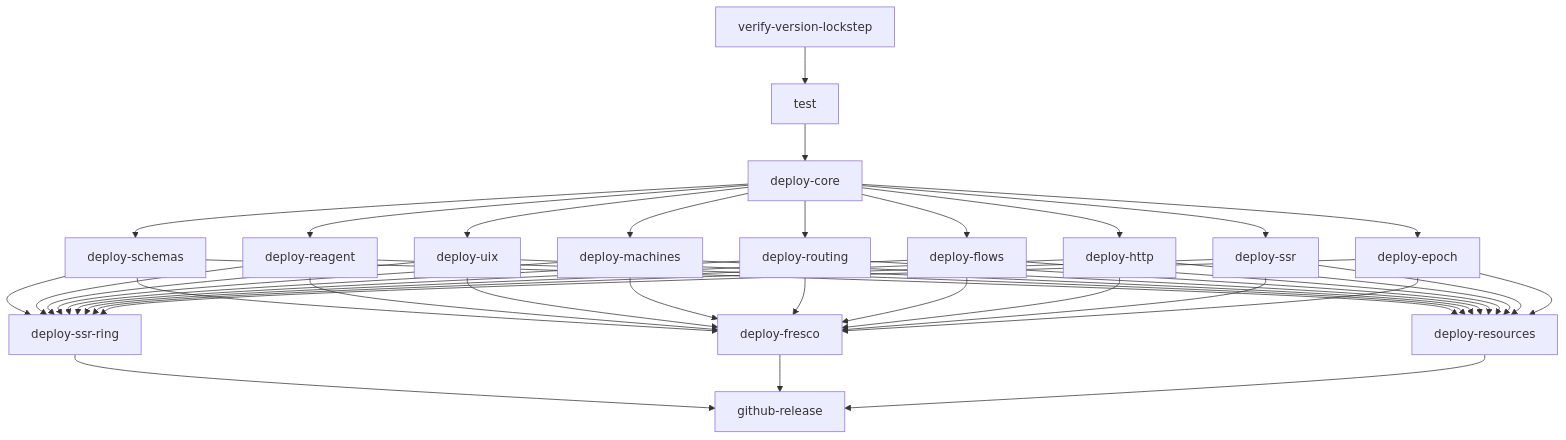
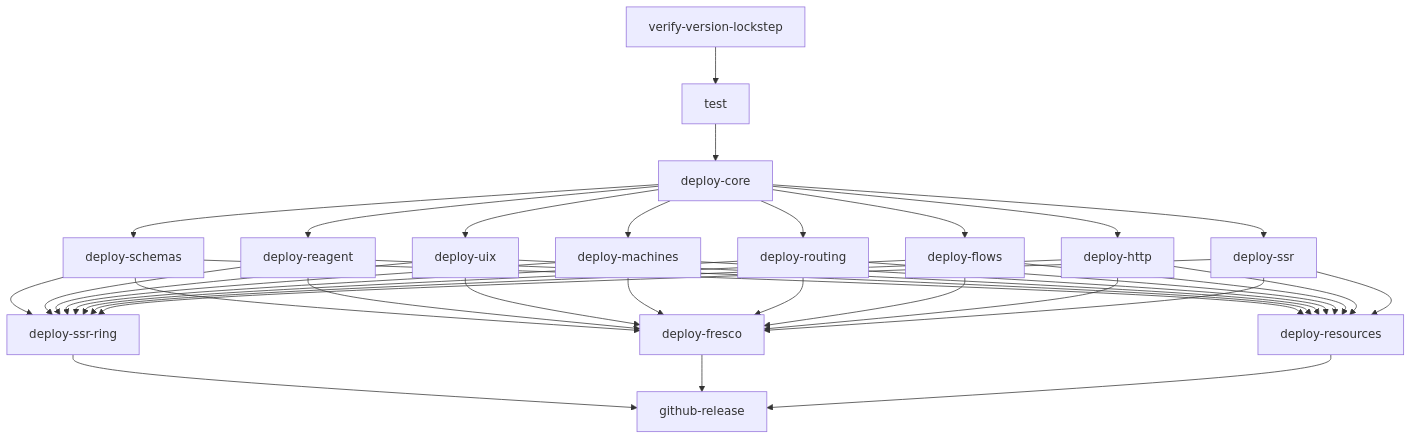
Before and after one commit to day8/re-frame2: the diagram in docs/release-process.md, drawn with Mermaid. The commit also changed other lines of this file and 18 other files, not shown here.

````diff
--- a/docs/release-process.md
+++ b/docs/release-process.md
@@ -47,44 +47,40 @@
 ```mermaid
 graph TD
   V[verify-version-lockstep] --> T[test]
   T --> C[deploy-core]
   C --> S[deploy-schemas]
   C --> R[deploy-reagent]
   C --> U[deploy-uix]
   C --> M[deploy-machines]
   C --> RT[deploy-routing]
   C --> F[deploy-flows]
   C --> H[deploy-http]
   C --> SS[deploy-ssr]
-  C --> E[deploy-epoch]
   S --> SR[deploy-ssr-ring]
   R --> SR
   U --> SR
   M --> SR
   RT --> SR
   F --> SR
   H --> SR
   SS --> SR
-  E --> SR
   S --> HI[deploy-fresco]
   R --> HI
   U --> HI
   M --> HI
   RT --> HI
   F --> HI
   H --> HI
   SS --> HI
-  E --> HI
   S --> RES[deploy-resources]
   R --> RES
   U --> RES
   M --> RES
   RT --> RES
   F --> RES
   H --> RES
   SS --> RES
-  E --> RES
   SR --> GR[github-release]
   HI --> GR
   RES --> GR
 ```
````
